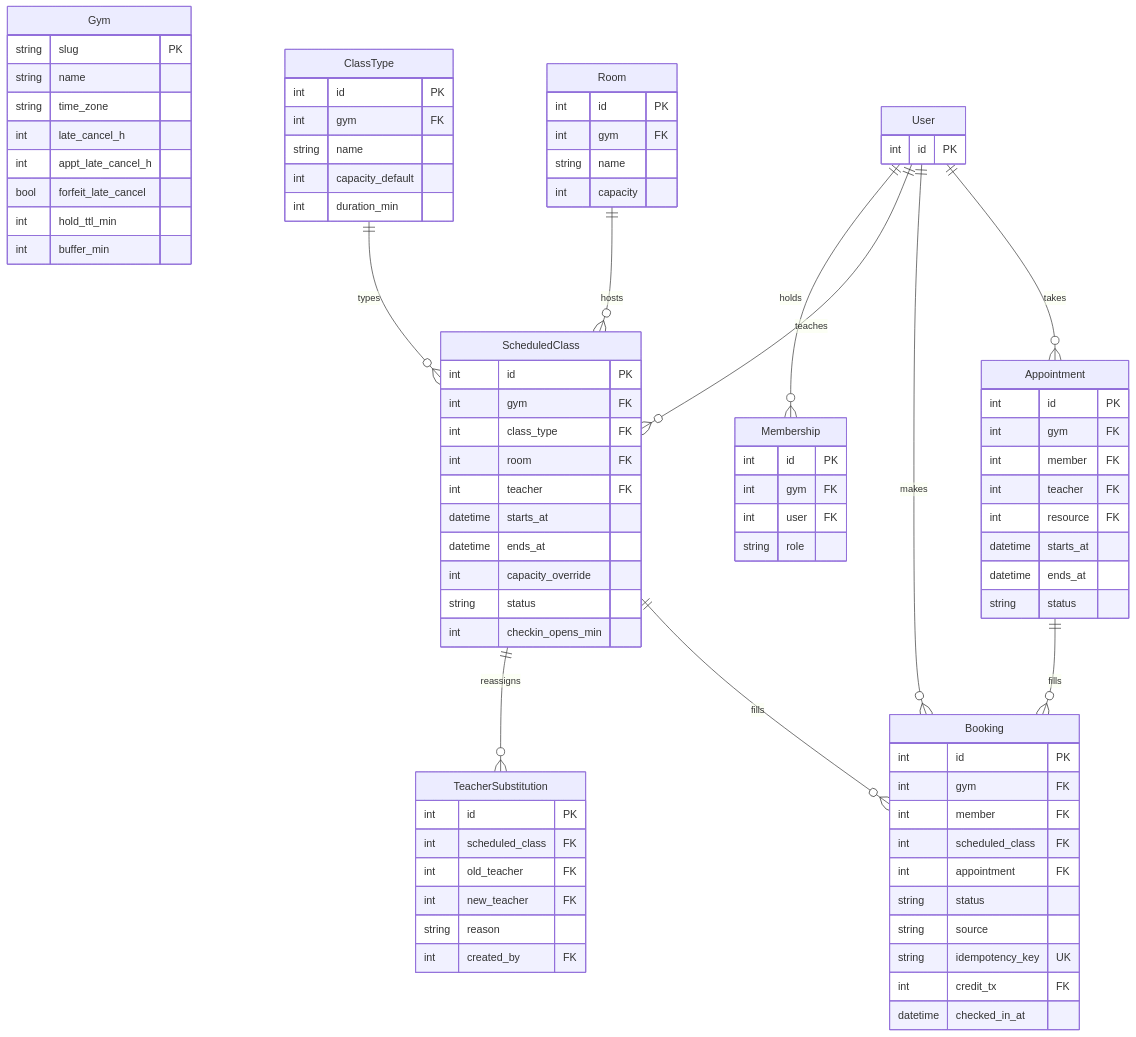
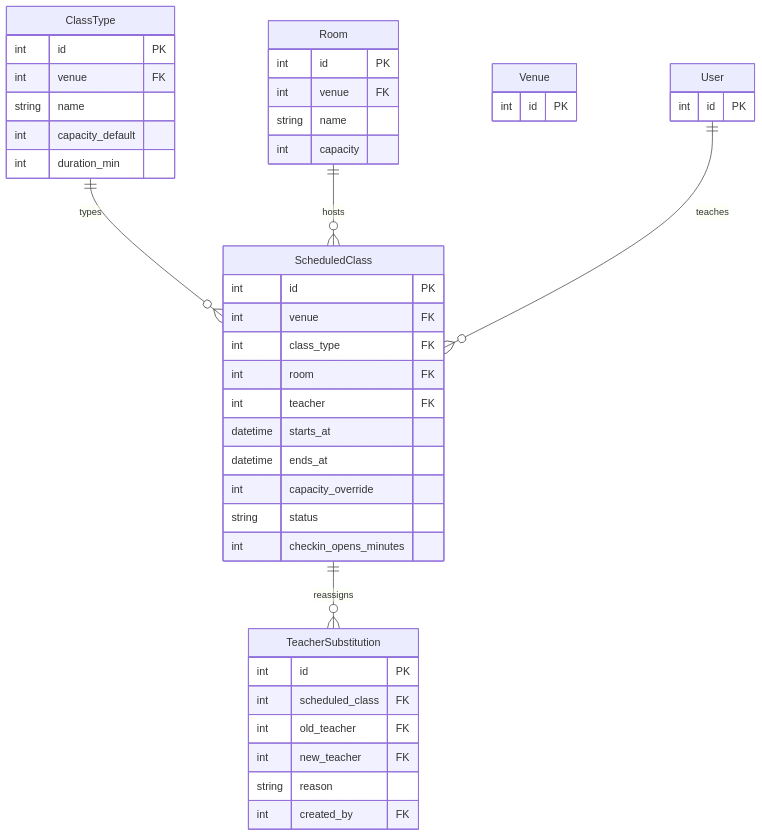
The second of 7 diagrams in SPEC.md (kevgathuku/bookr), drawn with Mermaid before and after one commit. The commit also changed other lines of this file and 20 other files, not shown here.

````diff
--- a/SPEC.md
+++ b/SPEC.md
@@ -83,40 +58,21 @@
 ```mermaid
 erDiagram
-    Gym {
-        string slug PK
-        string name
-        string time_zone
-        int late_cancel_h
-        int appt_late_cancel_h
-        bool forfeit_late_cancel
-        int hold_ttl_min
-        int buffer_min
-    }
-    User {
-        int id PK
-    }
-    Membership {
-        int id PK
-        int gym FK
-        int user FK
-        string role
-    }
     ClassType {
         int id PK
-        int gym FK
+        int venue FK
         string name
         int capacity_default
         int duration_min
     }
     Room {
         int id PK
-        int gym FK
+        int venue FK
         string name
         int capacity
     }
     ScheduledClass {
         int id PK
-        int gym FK
+        int venue FK
         int class_type FK
         int room FK
         int teacher FK
@@ -124,7 +80,7 @@
         datetime ends_at
         int capacity_override
         string status
-        int checkin_opens_min
+        int checkin_opens_minutes
     }
     TeacherSubstitution {
         int id PK
@@ -134,35 +90,14 @@
         string reason
         int created_by FK
     }
-    Booking {
+    Venue {
         int id PK
-        int gym FK
-        int member FK
-        int scheduled_class FK
-        int appointment FK
-        string status
-        string source
-        string idempotency_key UK
-        int credit_tx FK
-        datetime checked_in_at
     }
-    Appointment {
+    User {
         int id PK
-        int gym FK
-        int member FK
-        int teacher FK
-        int resource FK
-        datetime starts_at
-        datetime ends_at
-        string status
     }
-    User ||--o{ Membership : holds
     ClassType ||--o{ ScheduledClass : types
     Room ||--o{ ScheduledClass : hosts
     User ||--o{ ScheduledClass : teaches
     ScheduledClass ||--o{ TeacherSubstitution : reassigns
-    ScheduledClass ||--o{ Booking : fills
-    Appointment ||--o{ Booking : fills
-    User ||--o{ Booking : makes
-    User ||--o{ Appointment : takes
 ```
````
